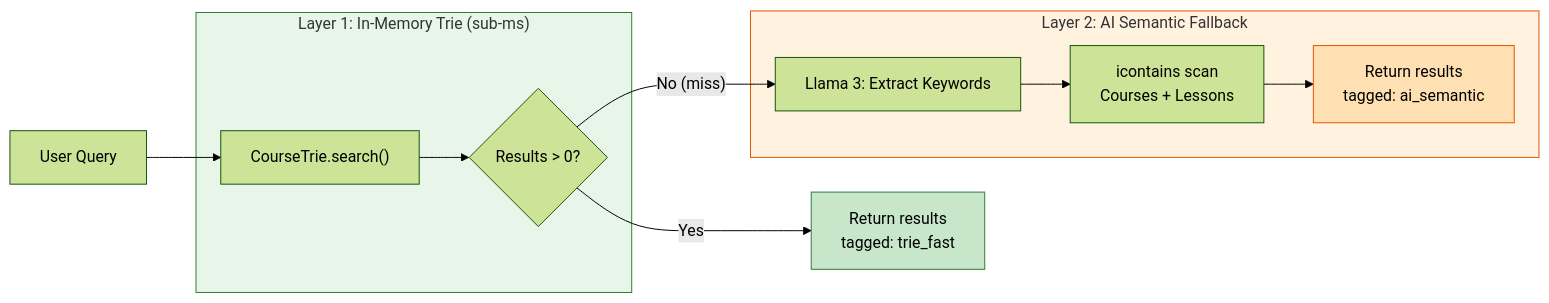
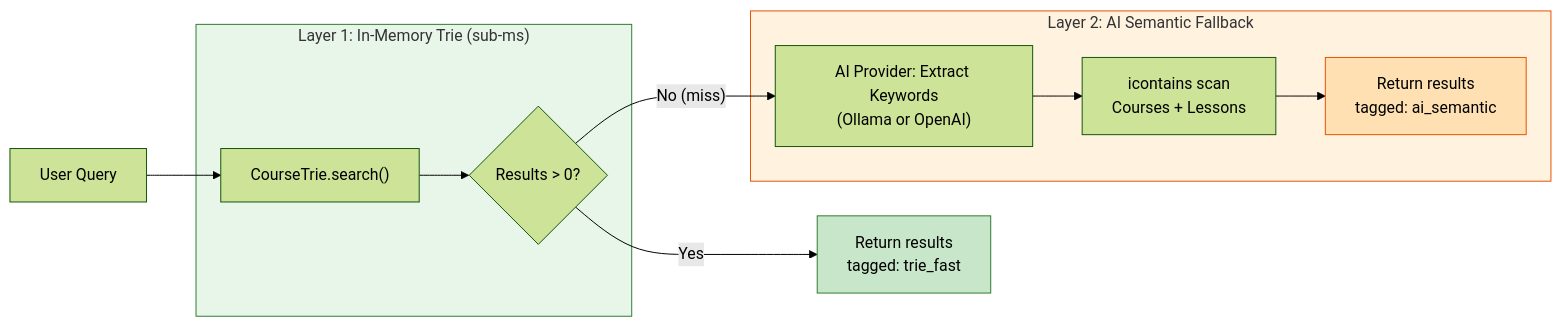
Before and after one commit to Ksalgotra1/Cognito-LMS: the third of 11 diagrams in README.md, drawn with Mermaid (forest theme). The commit also changed other lines of this file and 1 other file, not shown here.

Commit message:
docs: update READMEs for modular AI provider architecture (Ollama + OpenAI)

````diff
--- a/README.md
+++ b/README.md
@@ -201,24 +201,24 @@
 ```mermaid
 flowchart LR
     Query["User Query"] --> Trie
 
     subgraph Layer1 ["Layer 1: In-Memory Trie (sub-ms)"]
         Trie["CourseTrie.search()"]
         Trie --> TrieCheck{Results > 0?}
     end
 
     TrieCheck -- "Yes" --> FastReturn["Return results<br/>tagged: trie_fast"]
 
     TrieCheck -- "No (miss)" --> AI
 
     subgraph Layer2 ["Layer 2: AI Semantic Fallback"]
-        AI["Llama 3: Extract Keywords"]
+        AI["AI Provider: Extract Keywords<br/>(Ollama or OpenAI)"]
         AI --> DBScan["icontains scan<br/>Courses + Lessons"]
         DBScan --> SemanticReturn["Return results<br/>tagged: ai_semantic"]
     end
 
     style Layer1 fill:#e8f5e9,stroke:#2e7d32
     style Layer2 fill:#fff3e0,stroke:#e65100
     style FastReturn fill:#c8e6c9,stroke:#2e7d32
     style SemanticReturn fill:#ffe0b2,stroke:#e65100
 ```
````
